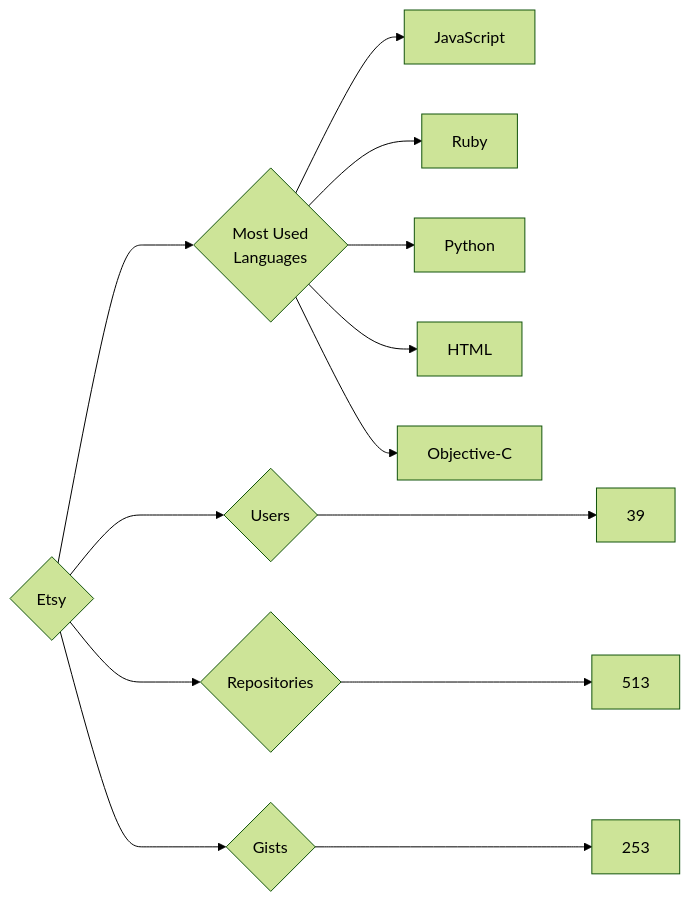
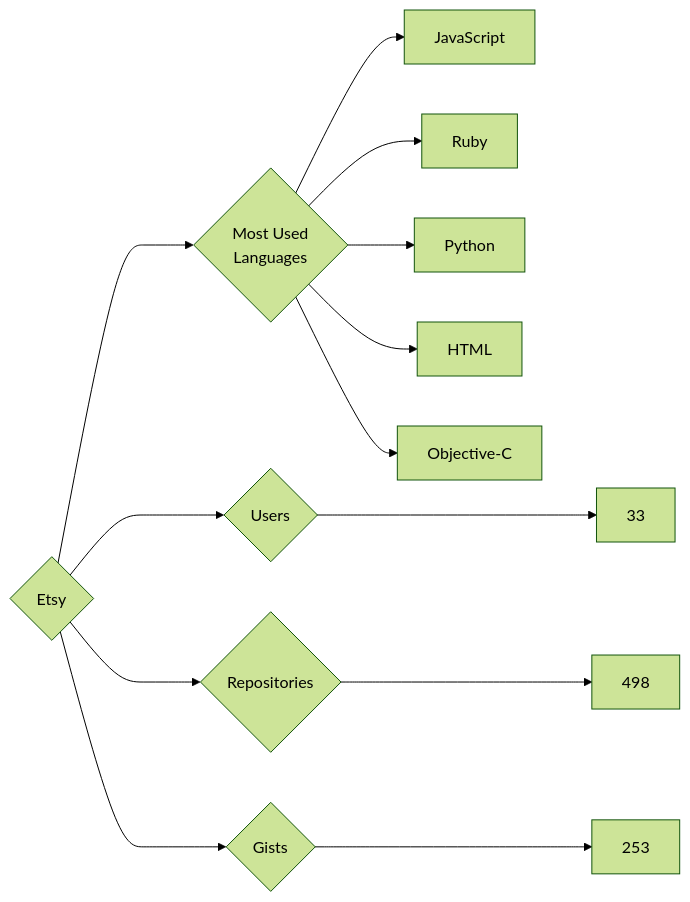
Before and after one commit to trickest/insiders: the diagram in targets/Etsy/README.md, drawn with Mermaid (forest theme). The commit also changed 860 other files, not shown here.

````diff
--- a/targets/Etsy/README.md
+++ b/targets/Etsy/README.md
@@ -3,13 +3,13 @@
 ```mermaid
 graph LR
 COMPANY_NAME{Etsy}
-COMPANY_NAME ---> U{Users} ---> UN[39]
-COMPANY_NAME ---> R{Repositories} ---> RN[513]
+COMPANY_NAME ---> U{Users} ---> UN[33]
+COMPANY_NAME ---> R{Repositories} ---> RN[498]
 COMPANY_NAME ---> G{Gists} ---> GN[253]
 COMPANY_NAME ---> ML{Most Used<br>Languages}
 ML --> JavaScript[JavaScript]
 ML --> Ruby[Ruby]
 ML --> Python[Python]
 ML --> HTML[HTML]
 ML --> Objective-C[Objective-C]
 ```
````
